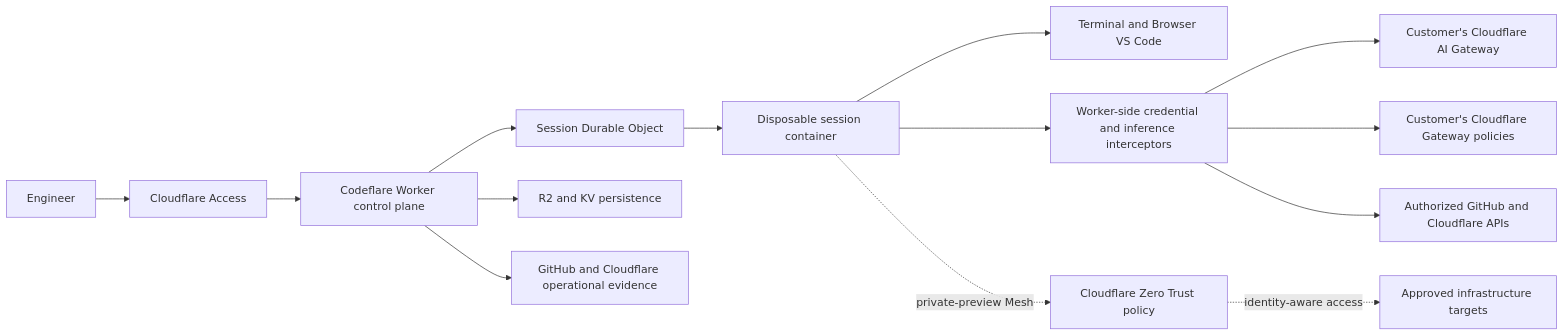
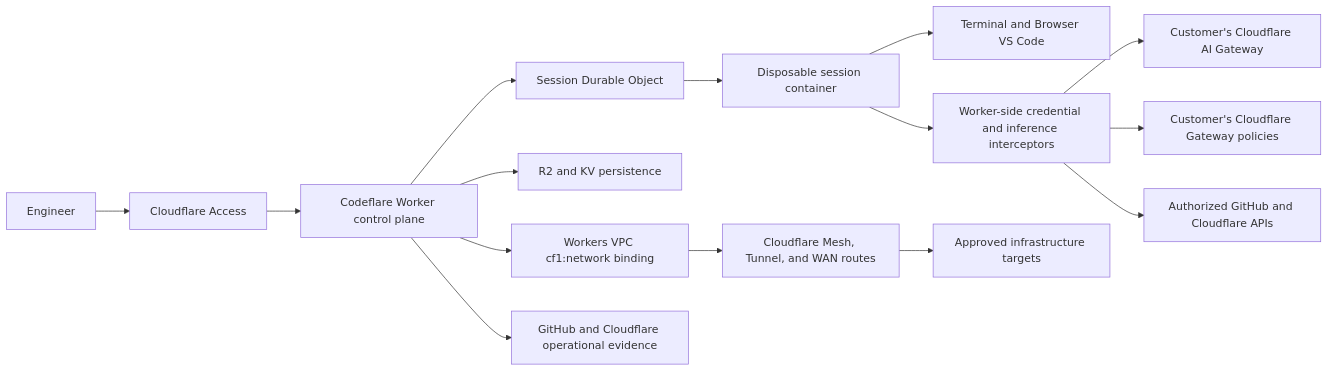
Before and after one commit to nikolanovoselec/codeflare: the diagram in README.md, drawn with Mermaid. The commit also changed other lines of this file, not shown here.

Commit message:
docs: correct Workers VPC infrastructure model

````diff
--- a/README.md
+++ b/README.md
@@ -160,16 +160,17 @@
 ```mermaid
 graph LR
     U[Engineer] --> A[Cloudflare Access]
     A --> W[Codeflare Worker control plane]
     W --> S[Session Durable Object]
     S --> C[Disposable session container]
     C --> T[Terminal and Browser VS Code]
     W --> D[R2 and KV persistence]
     C --> I[Worker-side credential and inference interceptors]
     I --> AI[Customer's Cloudflare AI Gateway]
     I --> GW[Customer's Cloudflare Gateway policies]
     I --> P[Authorized GitHub and Cloudflare APIs]
-    C -. private-preview Mesh .-> Z[Cloudflare Zero Trust policy]
-    Z -. identity-aware access .-> H[Approved infrastructure targets]
+    W --> V[Workers VPC cf1:network binding]
+    V --> M[Cloudflare Mesh, Tunnel, and WAN routes]
+    M --> H[Approved infrastructure targets]
     W --> E[GitHub and Cloudflare operational evidence]
 ```
````
